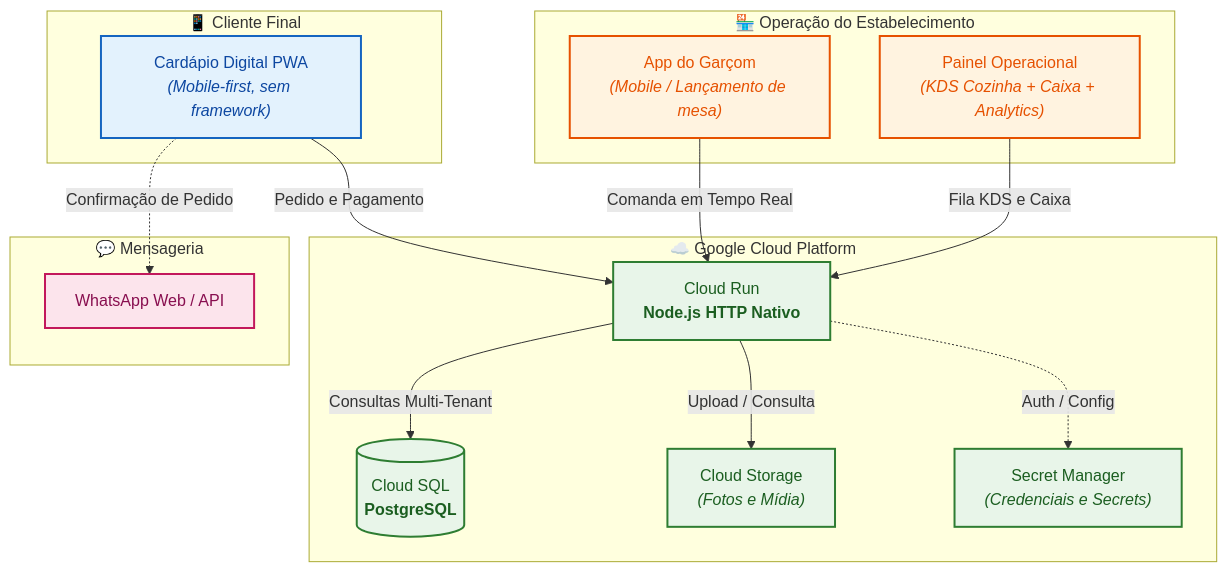
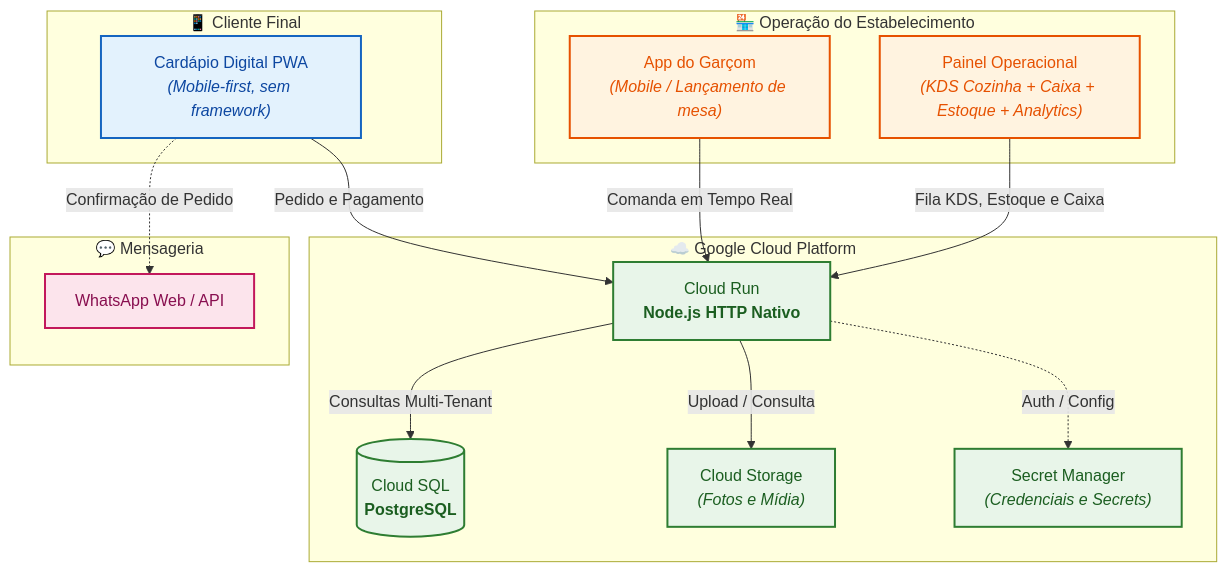
The diagram in README.md (idarlandias/barflow-cloud-showcase), drawn with Mermaid before and after one commit. The commit also changed other lines of this file, not shown here.

````diff
--- a/README.md
+++ b/README.md
@@ -61,35 +116,35 @@
 ```mermaid
 flowchart TD
     classDef client fill:#e3f2fd,stroke:#1565c0,stroke-width:2px,color:#0d47a1;
     classDef store fill:#fff3e0,stroke:#e65100,stroke-width:2px,color:#e65100;
     classDef gcp fill:#e8f5e9,stroke:#2e7d32,stroke-width:2px,color:#1b5e20;
     classDef external fill:#fce4ec,stroke:#c2185b,stroke-width:2px,color:#880e4f;
 
     subgraph Cliente["📱 Cliente Final"]
         A["Cardápio Digital PWA<br/><i>(Mobile-first, sem framework)</i>"]:::client
     end
 
     subgraph Loja["🏪 Operação do Estabelecimento"]
         B["App do Garçom<br/><i>(Mobile / Lançamento de mesa)</i>"]:::store
-        C["Painel Operacional<br/><i>(KDS Cozinha + Caixa + Analytics)</i>"]:::store
+        C["Painel Operacional<br/><i>(KDS Cozinha + Caixa + Estoque + Analytics)</i>"]:::store
     end
 
     subgraph Cloud["☁️ Google Cloud Platform"]
         D["Cloud Run<br/><b>Node.js HTTP Nativo</b>"]:::gcp
         E[("Cloud SQL<br/><b>PostgreSQL</b>")]:::gcp
         F["Cloud Storage<br/><i>(Fotos e Mídia)</i>"]:::gcp
         G["Secret Manager<br/><i>(Credenciais e Secrets)</i>"]:::gcp
     end
 
     subgraph Externo["💬 Mensageria"]
         H["WhatsApp Web / API"]:::external
     end
 
     A -->|Pedido e Pagamento| D
     B -->|Comanda em Tempo Real| D
-    C -->|Fila KDS e Caixa| D
+    C -->|Fila KDS, Estoque e Caixa| D
     D -->|Consultas Multi-Tenant| E
     D -->|Upload / Consulta| F
     D -.->|Auth / Config| G
     A -.->|Confirmação de Pedido| H
 ```
````
